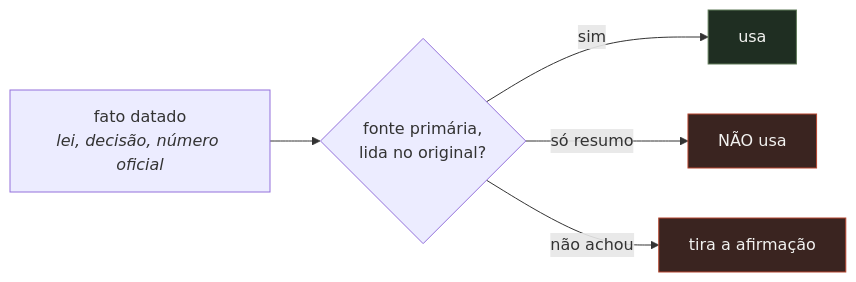
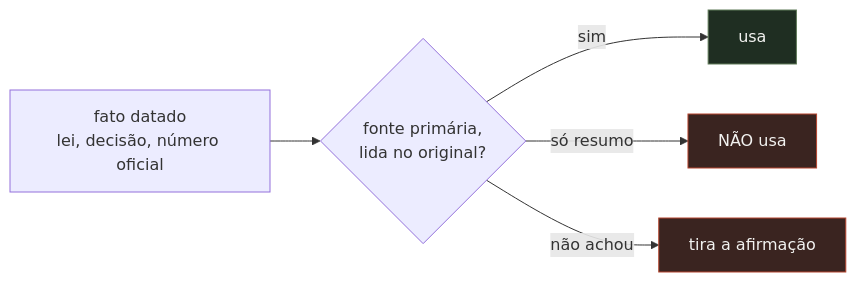
The third of 3 diagrams in docs/03-producao-semanal.md (claudiogpt/motor-de-canal), drawn with Mermaid before and after one commit. The commit also changed other lines of this file and 5 other files, not shown here.

````diff
--- a/docs/03-producao-semanal.md
+++ b/docs/03-producao-semanal.md
@@ -74,10 +74,10 @@
 ```mermaid
 flowchart LR
-    A["fato datado<br/><i>lei, decisão, número oficial</i>"] --> B{"fonte primária,<br/>lida no original?"}
+    A["fato datado<br/>lei, decisão, número oficial"] --> B{"fonte primária,<br/>lida no original?"}
     B -->|sim| C["usa"]
     B -->|"só resumo"| D["NÃO usa"]
     B -->|"não achou"| E["tira a afirmação"]
     style C fill:#1f2e22,stroke:#5F7A58,color:#F2F2F0
     style D fill:#3a2420,stroke:#B5452F,color:#F2F2F0
     style E fill:#3a2420,stroke:#B5452F,color:#F2F2F0
 ```
````
